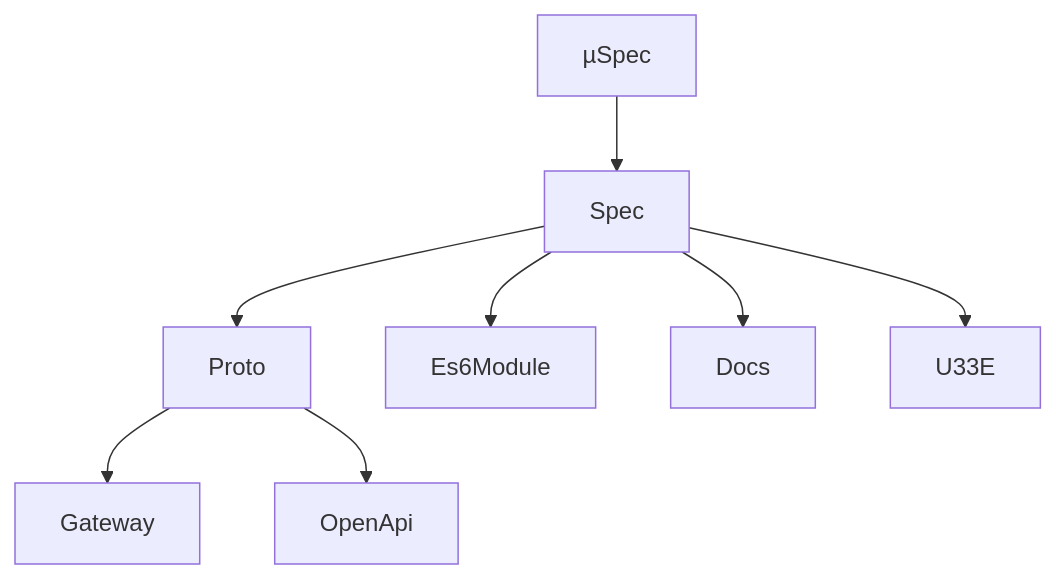
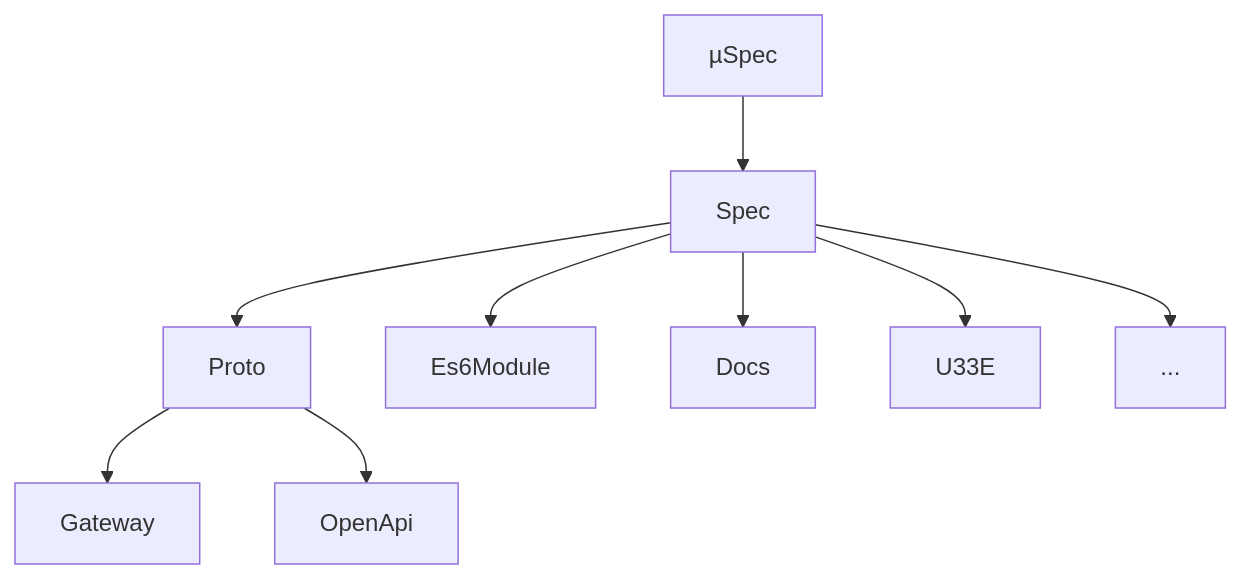
Before and after one commit to theNorstroem/fidl.furo.pro: the third of 6 diagrams in content/docs/sourceoftruth/_index.md, drawn with Mermaid. The commit also changed other lines of this file and 2 other files, not shown here.

```diff
--- a/content/docs/sourceoftruth/_index.md
+++ b/content/docs/sourceoftruth/_index.md
@@ -64,10 +65,11 @@
 {{< mermaid >}}
 graph TD
 Spec --> Proto
 µSpec -->Spec
 Spec --> Es6Module
 Spec --> Docs
 Spec --> U33E
+Spec --> ...
 Proto --> Gateway
 Proto --> OpenApi
 {{< /mermaid >}}
```
